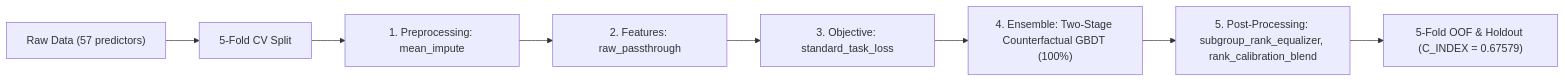
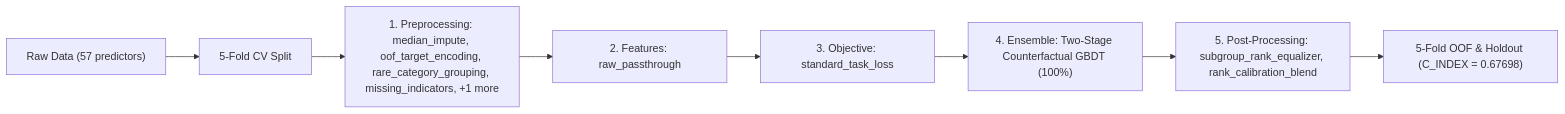
The diagram in README.md (stefanoclss/CIBMTR-Equity-in-Post-HCT-Survival-Predictions), drawn with Mermaid before and after one commit. The commit also changed other lines of this file, not shown here.

First line of the commit message:
docs(readme): refresh verified OOF benchmark & build ledger (C_INDEX=0.67698)

````diff
--- a/README.md
+++ b/README.md
@@ -139,10 +140,10 @@
 ```mermaid
 flowchart LR
     DATA["Raw Data (57 predictors)"] --> SPLIT["5-Fold CV Split"]
-    SPLIT --> PRE["1. Preprocessing: mean_impute"]
+    SPLIT --> PRE["1. Preprocessing: median_impute, oof_target_encoding, rare_category_grouping, missing_indicators, +1 more"]
     PRE --> FEAT["2. Features: raw_passthrough"]
     FEAT --> OBJ["3. Objective: standard_task_loss"]
     OBJ --> M0["4. Ensemble: Two-Stage Counterfactual GBDT (100%)"]
     M0 --> POST["5. Post-Processing: subgroup_rank_equalizer, rank_calibration_blend"]
-    POST --> OUT["5-Fold OOF & Holdout (C_INDEX = 0.67579)"]
+    POST --> OUT["5-Fold OOF & Holdout (C_INDEX = 0.67698)"]
 ```
````
